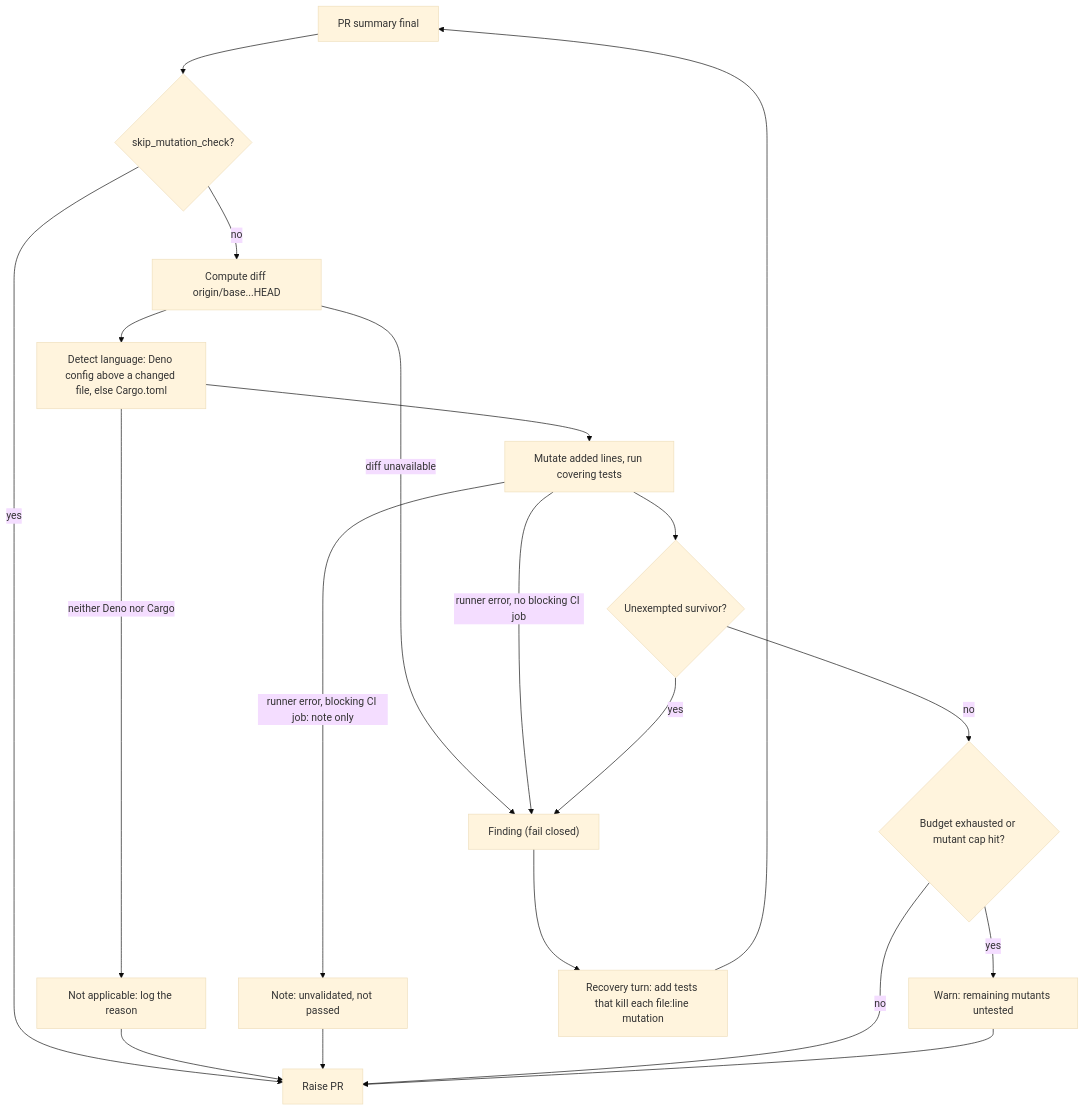
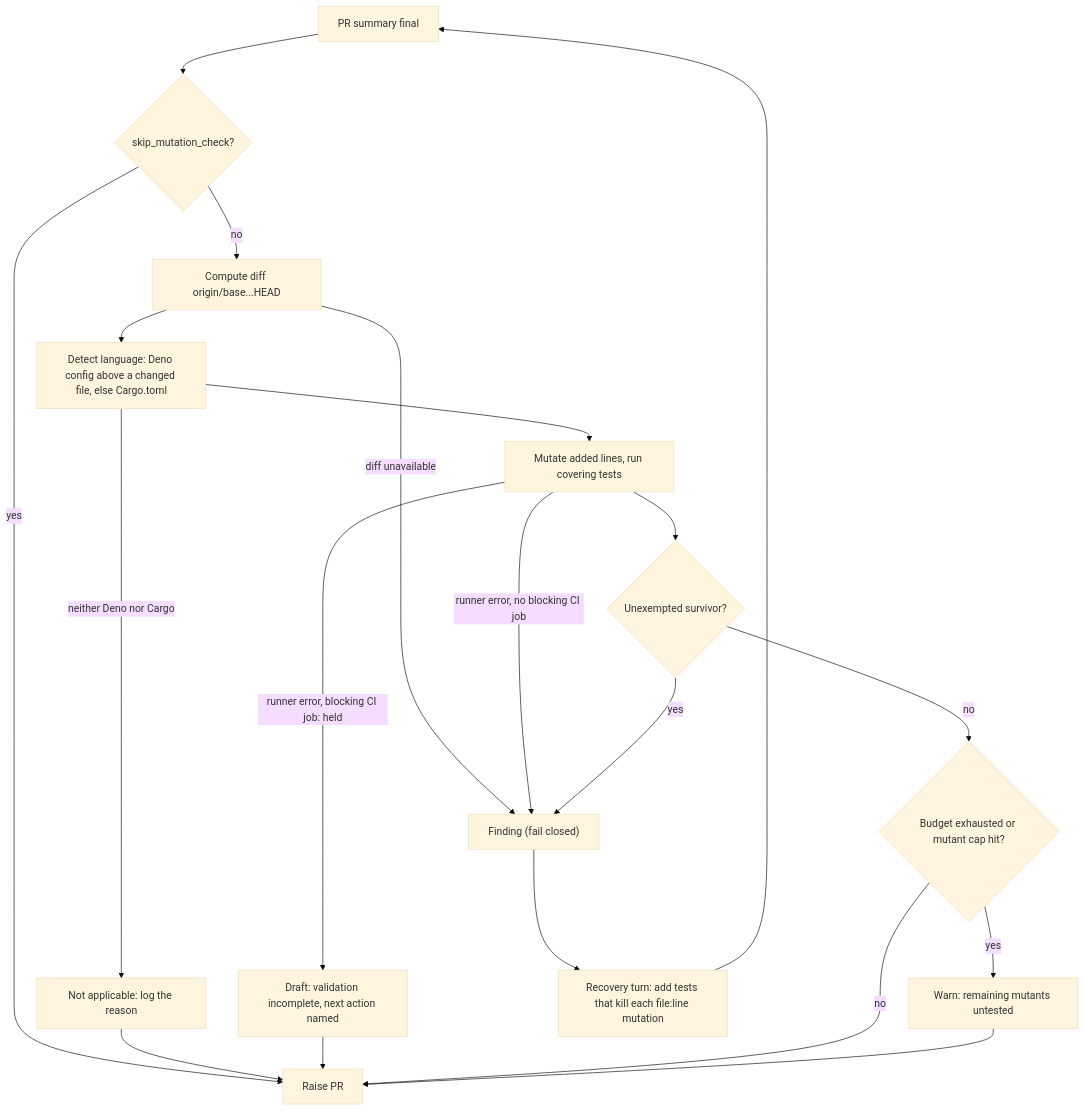
Before and after one commit to stSoftwareAU/VibeCoder: the first of 3 diagrams in docs/mutation-check.md, drawn with Mermaid (base theme). The commit also changed other lines of this file and 1 other file, not shown here.

Commit message:
Describe the held-validation, deferral-draft and CI-flag changes in the summary and docs (Issue #4617)

````diff
--- a/docs/mutation-check.md
+++ b/docs/mutation-check.md
@@ -35,22 +35,22 @@
 ```mermaid
 flowchart TD
     A["PR summary final"] --> B{"skip_mutation_check?"}
     B -- yes --> Z["Raise PR"]
     B -- no --> D["Compute diff origin/base...HEAD"]
     D -- "diff unavailable" --> X["Finding (fail closed)"]
     D --> C["Detect language: Deno config above a changed file, else Cargo.toml"]
     C -- "neither Deno nor Cargo" --> N["Not applicable: log the reason"]
     N --> Z
     C --> E["Mutate added lines, run covering tests"]
     E -- "runner error, no blocking CI job" --> X
-    E -- "runner error, blocking CI job: note only" --> N2["Note: unvalidated, not passed"]
+    E -- "runner error, blocking CI job: held" --> N2["Draft: validation incomplete, next action named"]
     N2 --> Z
     E --> F{"Unexempted survivor?"}
     F -- yes --> X
     F -- no --> G{"Budget exhausted or mutant cap hit?"}
     G -- yes --> W["Warn: remaining mutants untested"]
     G -- no --> Z
     W --> Z
     X --> R["Recovery turn: add tests that kill each file:line mutation"]
     R --> A
 ```
````
